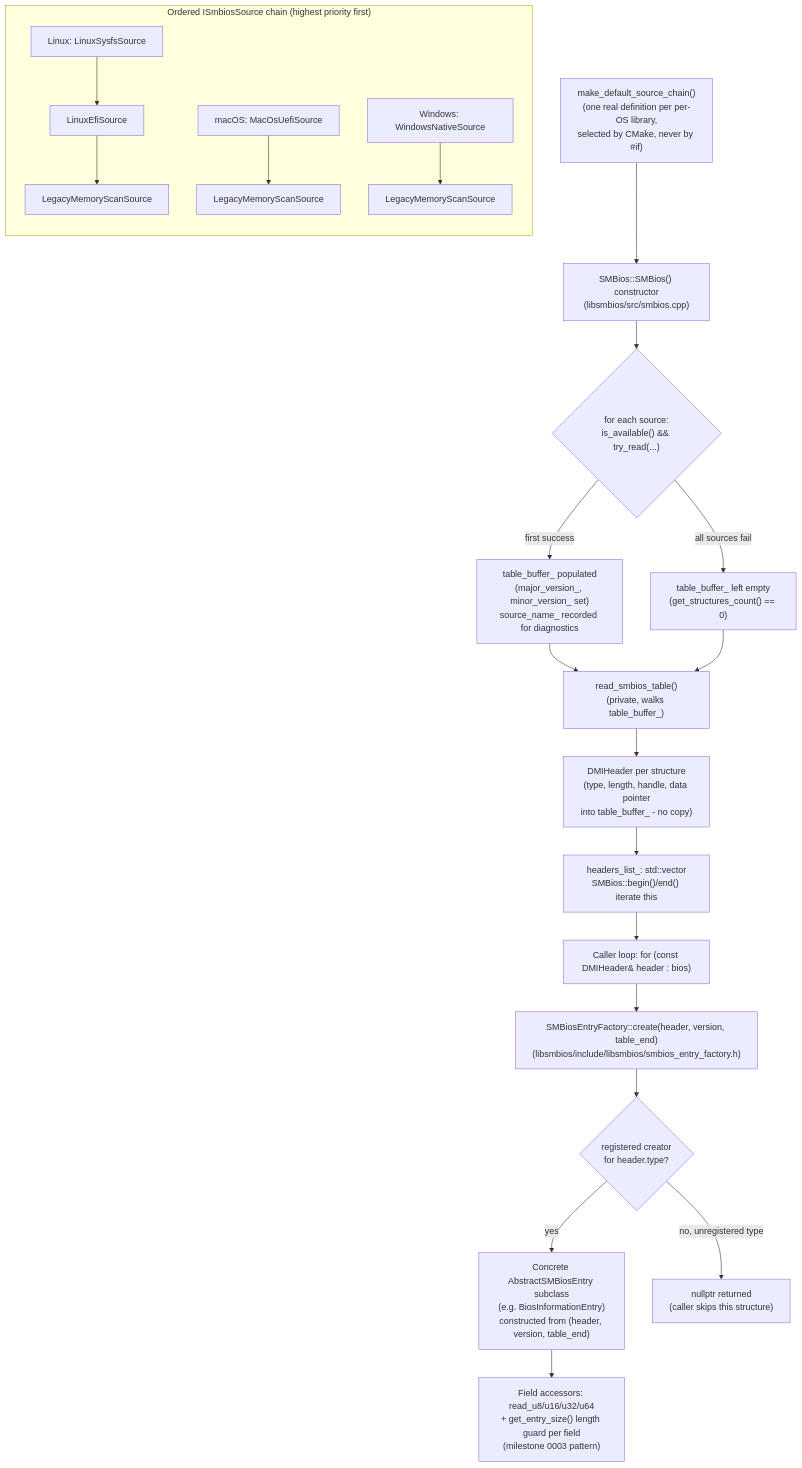
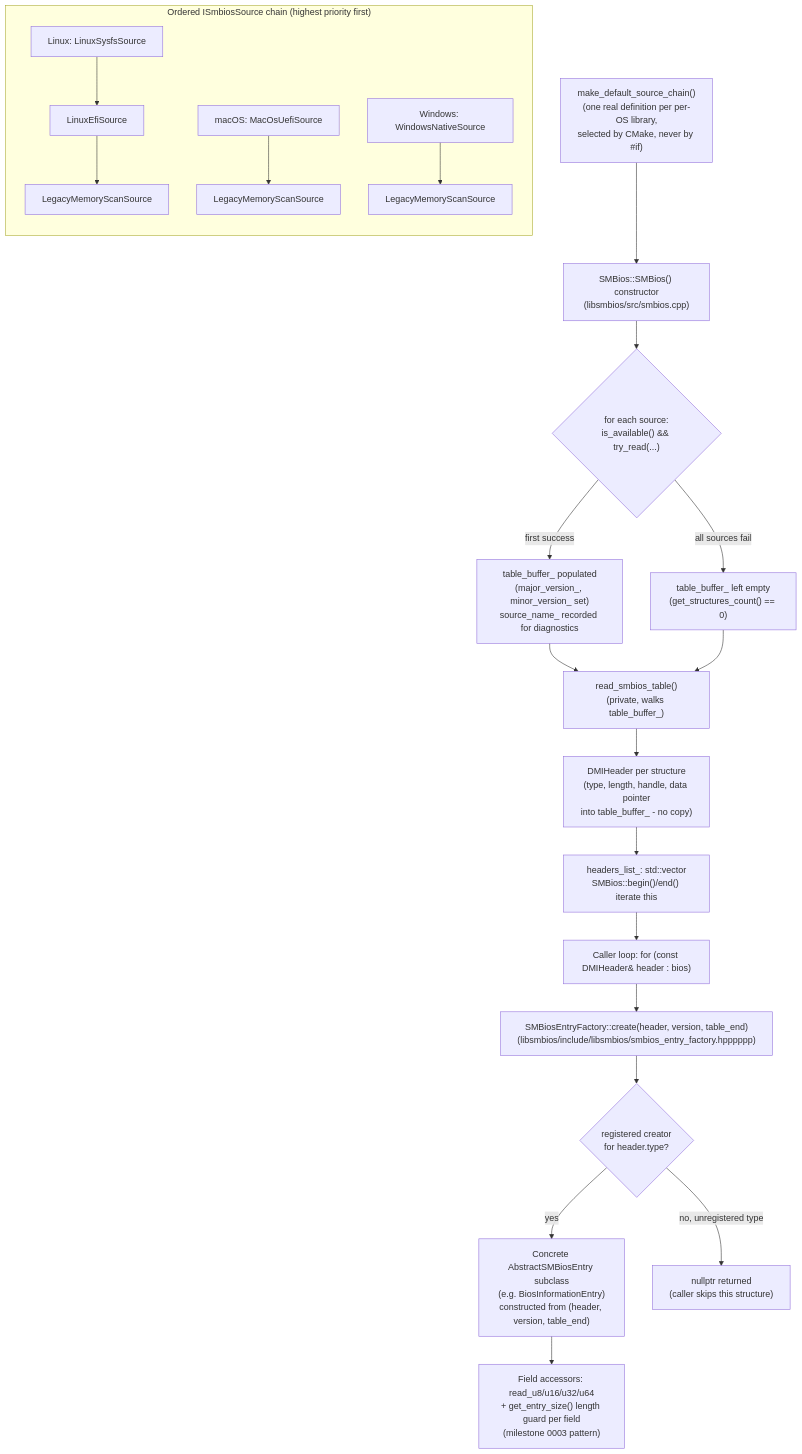
One commit to yuchdev/SmbiosUtil changed the diagram in docs/architecture/overview.md. Above: the diagram before and after it, drawn with Mermaid. The commit also changed other lines of this file and 369 other files, not shown here.

````diff
--- a/docs/architecture/overview.md
+++ b/docs/architecture/overview.md
@@ -55,25 +55,25 @@
 ```mermaid
 flowchart TD
     A["make_default_source_chain()\n(one real definition per per-OS library,\nselected by CMake, never by #if)"] --> B
 
     subgraph chain["Ordered ISmbiosSource chain (highest priority first)"]
         direction TB
         L1["Linux: LinuxSysfsSource"] --> L2["LinuxEfiSource"] --> L3["LegacyMemoryScanSource"]
         M1["macOS: MacOsUefiSource"] --> M3["LegacyMemoryScanSource"]
         W1["Windows: WindowsNativeSource"] --> W3["LegacyMemoryScanSource"]
     end
 
     B["SMBios::SMBios() constructor\n(libsmbios/src/smbios.cpp)"] --> C{"for each source:\nis_available() && try_read(...)"}
     C -->|first success| D["table_buffer_ populated\n(major_version_, minor_version_ set)\nsource_name_ recorded for diagnostics"]
     C -->|all sources fail| D0["table_buffer_ left empty\n(get_structures_count() == 0)"]
     D --> E["read_smbios_table()\n(private, walks table_buffer_)"]
     D0 --> E
     E --> F["DMIHeader per structure\n(type, length, handle, data pointer\ninto table_buffer_ - no copy)"]
     F --> G["headers_list_: std::vector<DMIHeader>\nSMBios::begin()/end() iterate this"]
     G --> H["Caller loop: for (const DMIHeader& header : bios)"]
-    H --> I["SMBiosEntryFactory::create(header, version, table_end)\n(libsmbios/include/libsmbios/smbios_entry_factory.h)"]
+    H --> I["SMBiosEntryFactory::create(header, version, table_end)\n(libsmbios/include/libsmbios/smbios_entry_factory.hpppppp)"]
     I --> J{"registered creator\nfor header.type?"}
     J -->|yes| K["Concrete AbstractSMBiosEntry subclass\n(e.g. BiosInformationEntry)\nconstructed from (header, version, table_end)"]
     J -->|no, unregistered type| K0["nullptr returned\n(caller skips this structure)"]
     K --> N["Field accessors: read_u8/u16/u32/u64\n+ get_entry_size() length guard per field\n(milestone 0003 pattern)"]
 ```
````
